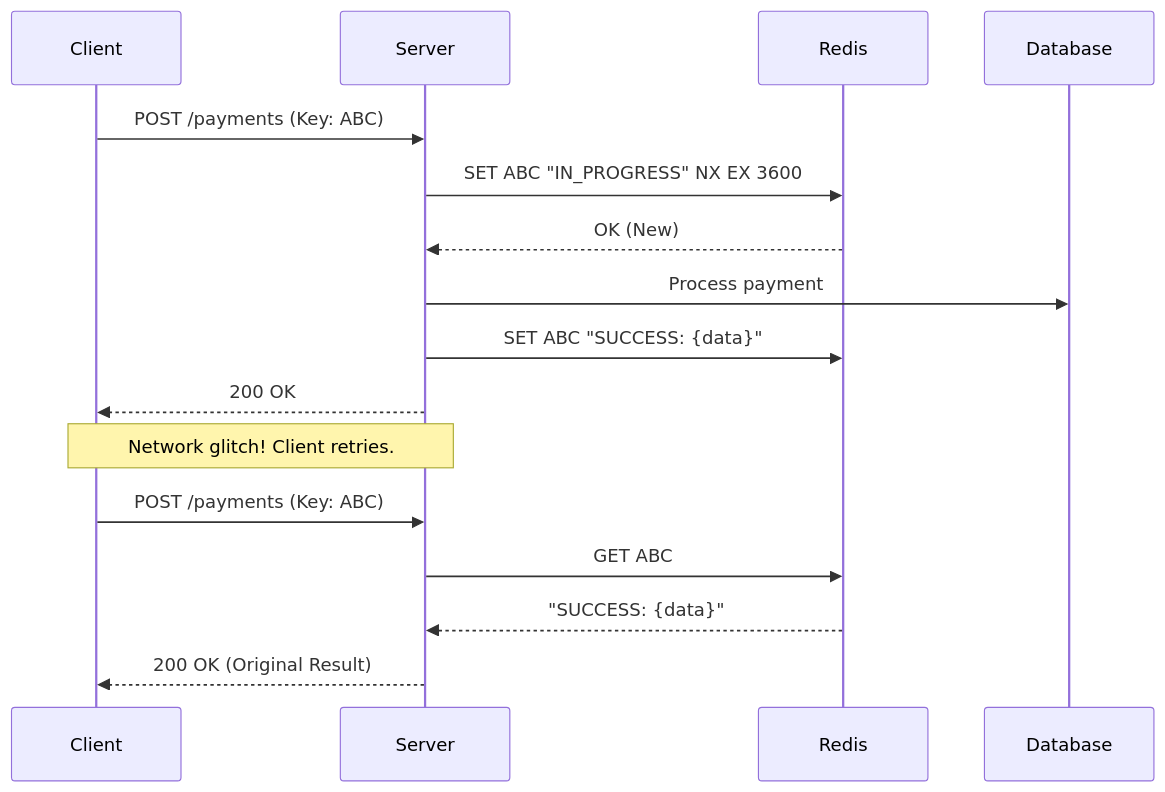
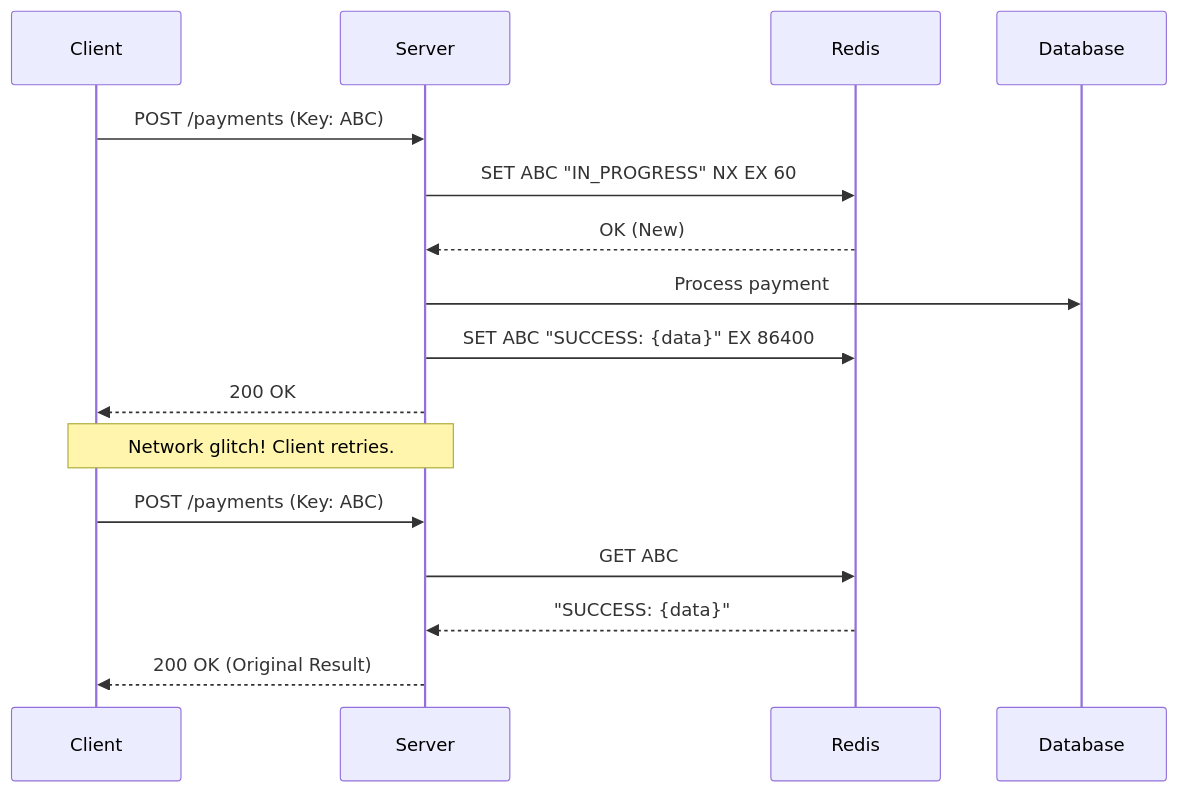
Before and after one commit to gabrielrufino/guides: the diagram in src/architecture/idempotency-keys.md, drawn with Mermaid. The commit also changed other lines of this file, not shown here.

Commit message:
docs: adjustments

````diff
--- a/src/architecture/idempotency-keys.md
+++ b/src/architecture/idempotency-keys.md
@@ -56,21 +56,21 @@
 ```mermaid
 sequenceDiagram
     participant Client
     participant Server
     participant Redis
     participant Database
 
     Client->>Server: POST /payments (Key: ABC)
-    Server->>Redis: SET ABC "IN_PROGRESS" NX EX 3600
+    Server->>Redis: SET ABC "IN_PROGRESS" NX EX 60
     Redis-->>Server: OK (New)
     Server->>Database: Process payment
-    Server->>Redis: SET ABC "SUCCESS: {data}"
+    Server->>Redis: SET ABC "SUCCESS: {data}" EX 86400
     Server-->>Client: 200 OK
 
     Note over Client, Server: Network glitch! Client retries.
 
     Client->>Server: POST /payments (Key: ABC)
     Server->>Redis: GET ABC
     Redis-->>Server: "SUCCESS: {data}"
     Server-->>Client: 200 OK (Original Result)
 ```
````
